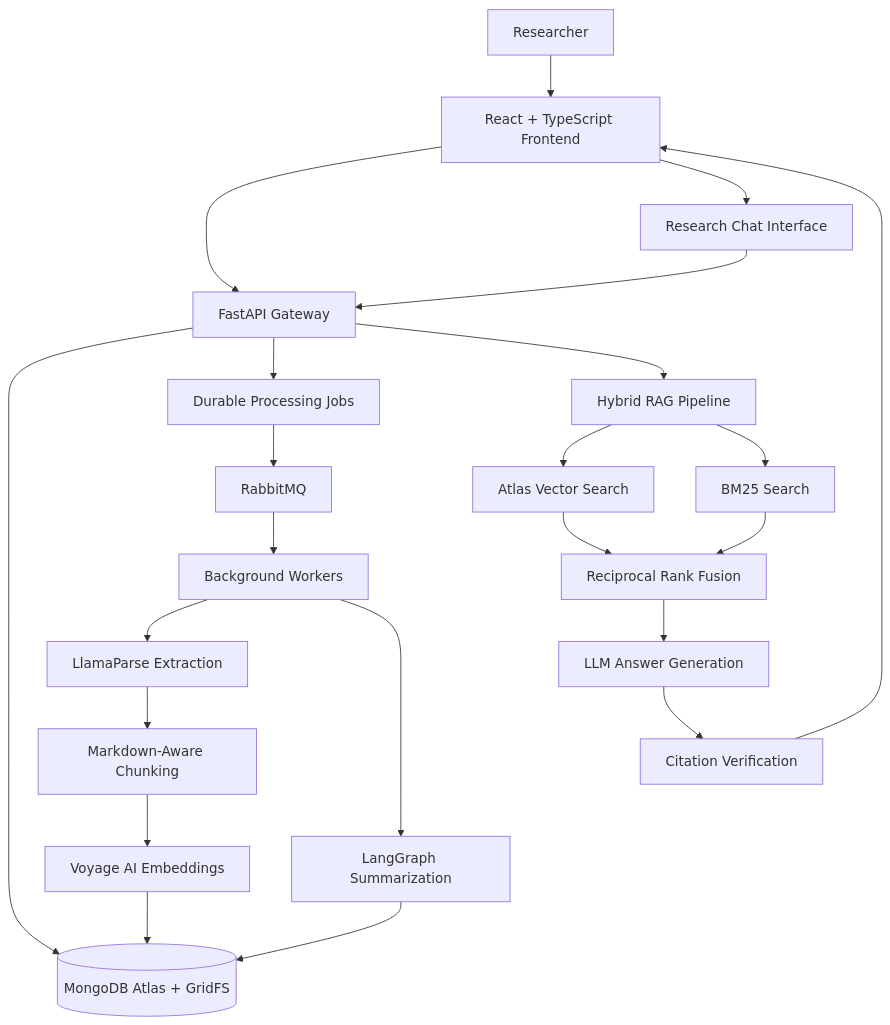
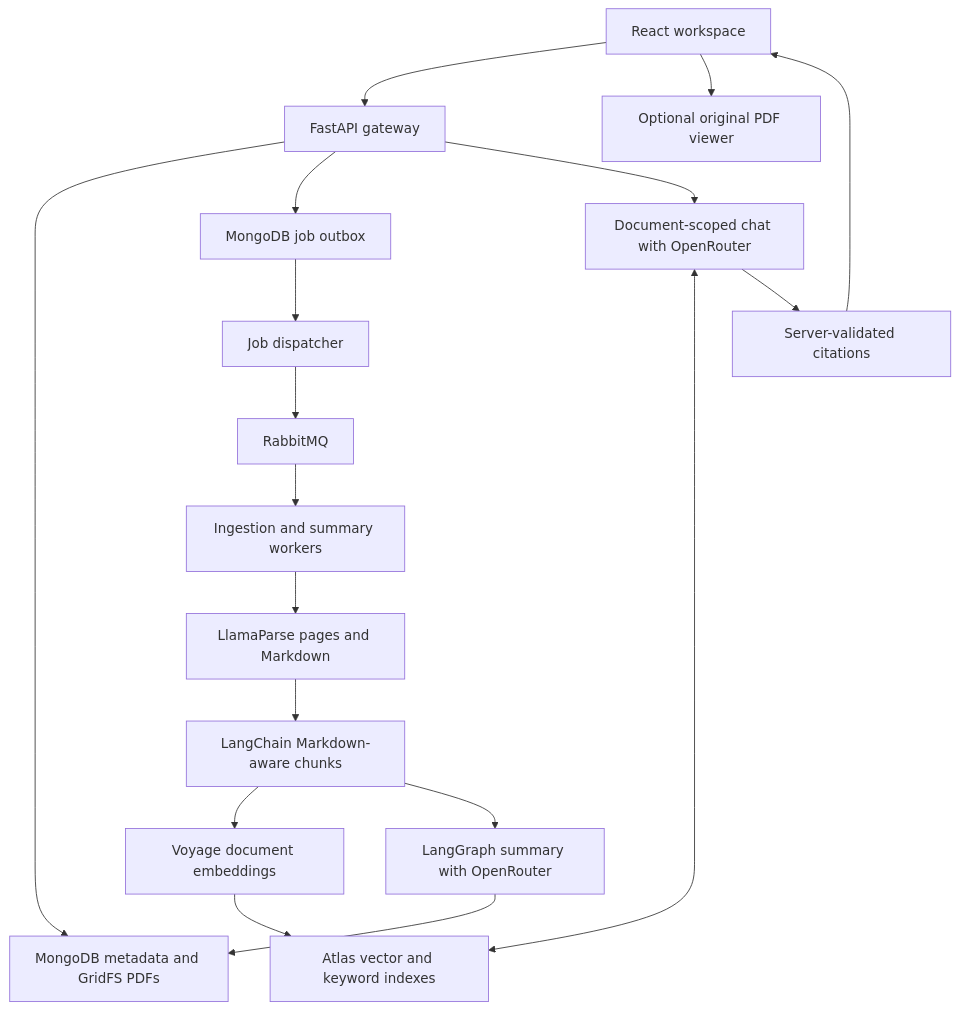
The diagram in README.md (arrathikan/Research-Assistant-for-PDFs), drawn with Mermaid before and after one commit. The commit also changed other lines of this file, not shown here.

````diff
--- a/README.md
+++ b/README.md
@@ -40,30 +45,20 @@
 ```mermaid
 flowchart TD
-    U["Researcher"] --> UI["React + TypeScript Frontend"]
-    UI --> API["FastAPI Gateway"]
-
-    API --> DB[("MongoDB Atlas + GridFS")]
-    API --> JOB["Durable Processing Jobs"]
-    JOB --> MQ["RabbitMQ"]
-    MQ --> WORKER["Background Workers"]
-
-    WORKER --> PARSE["LlamaParse Extraction"]
-    PARSE --> CHUNK["Markdown-Aware Chunking"]
-    CHUNK --> EMBED["Voyage AI Embeddings"]
-    EMBED --> DB
-
-    WORKER --> SUMMARY["LangGraph Summarization"]
-    SUMMARY --> DB
-
-    UI --> CHAT["Research Chat Interface"]
-    CHAT --> API
-    API --> RAG["Hybrid RAG Pipeline"]
-
-    RAG --> VECTOR["Atlas Vector Search"]
-    RAG --> BM25["BM25 Search"]
-    VECTOR --> RRF["Reciprocal Rank Fusion"]
-    BM25 --> RRF
-    RRF --> LLM["LLM Answer Generation"]
-    LLM --> CITE["Citation Verification"]
-    CITE --> UI
+    UI[React workspace] --> API[FastAPI gateway]
+    API --> STORE[MongoDB metadata and GridFS PDFs]
+    API --> OUTBOX[MongoDB job outbox]
+    OUTBOX --> DISPATCH[Job dispatcher]
+    DISPATCH --> MQ[RabbitMQ]
+    MQ --> WORKERS[Ingestion and summary workers]
+    WORKERS --> PARSE[LlamaParse pages and Markdown]
+    PARSE --> CHUNKS[LangChain Markdown-aware chunks]
+    CHUNKS --> EMB[Voyage document embeddings]
+    EMB --> SEARCH[Atlas vector and keyword indexes]
+    CHUNKS --> SUMMARY[LangGraph summary with OpenRouter]
+    SUMMARY --> STORE
+    API --> CHAT[Document-scoped chat with OpenRouter]
+    CHAT <--> SEARCH
+    CHAT --> SOURCES[Server-validated citations]
+    SOURCES --> UI
+    UI --> PDF[Optional original PDF viewer]
 ```
````
